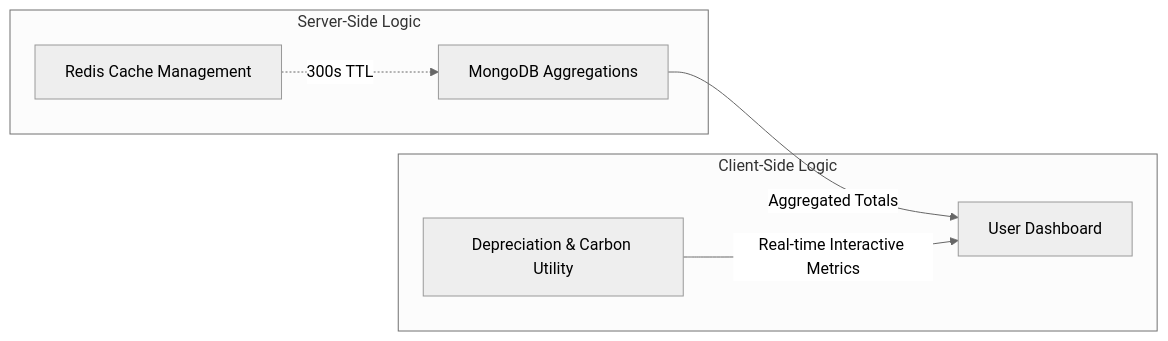
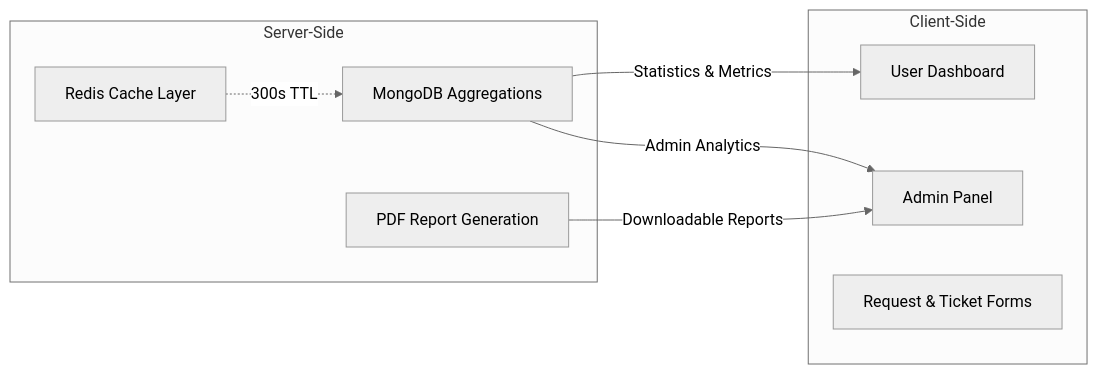
One commit to vinamras19/it-asset-management-portal changed the second of 2 diagrams in README.md. Above: the diagram before and after it, drawn with Mermaid (neutral theme). The commit also changed other lines of this file, not shown here.

````diff
--- a/README.md
+++ b/README.md
@@ -32,16 +35,19 @@
 ```mermaid
 graph LR
-    subgraph Frontend [Client-Side Logic]
+    subgraph Frontend [Client-Side]
         UI[User Dashboard]
-        Math[Depreciation & Carbon Utility]
+        Admin[Admin Panel]
+        Forms[Request & Ticket Forms]
     end
 
-    subgraph Backend [Server-Side Logic]
+    subgraph Backend [Server-Side]
         Agg[MongoDB Aggregations]
-        Cache_L[Redis Cache Management]
+        Cache_L[Redis Cache Layer]
+        PDF[PDF Report Generation]
     end
 
-    Agg -->|Aggregated Totals| UI
-    Math -->|Real-time Interactive Metrics| UI
+    Agg -->|Statistics & Metrics| UI
+    Agg -->|Admin Analytics| Admin
     Cache_L -.->|300s TTL| Agg
+    PDF -->|Downloadable Reports| Admin
 ```
````
